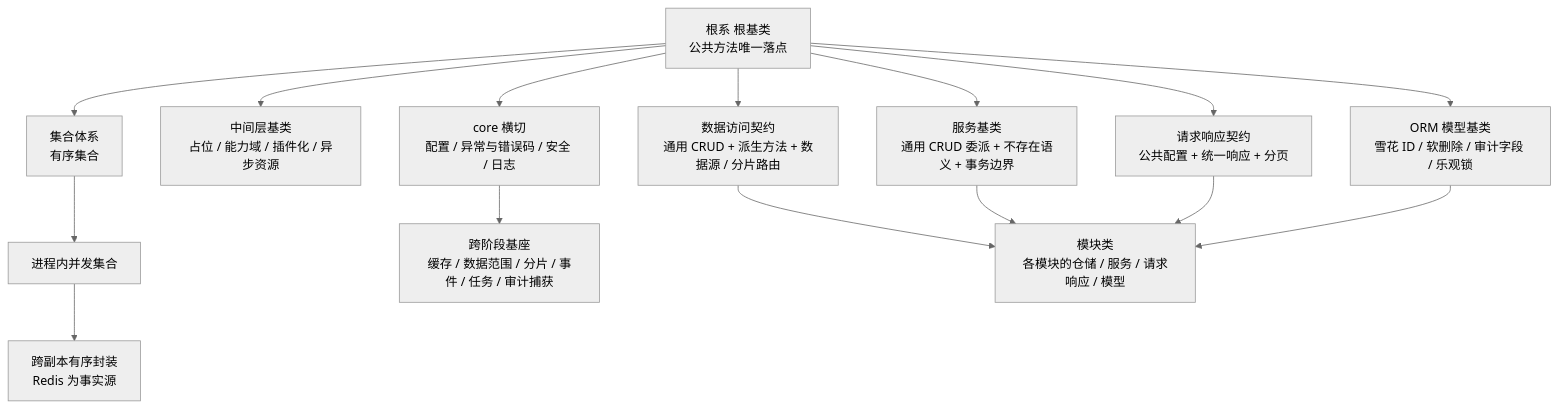
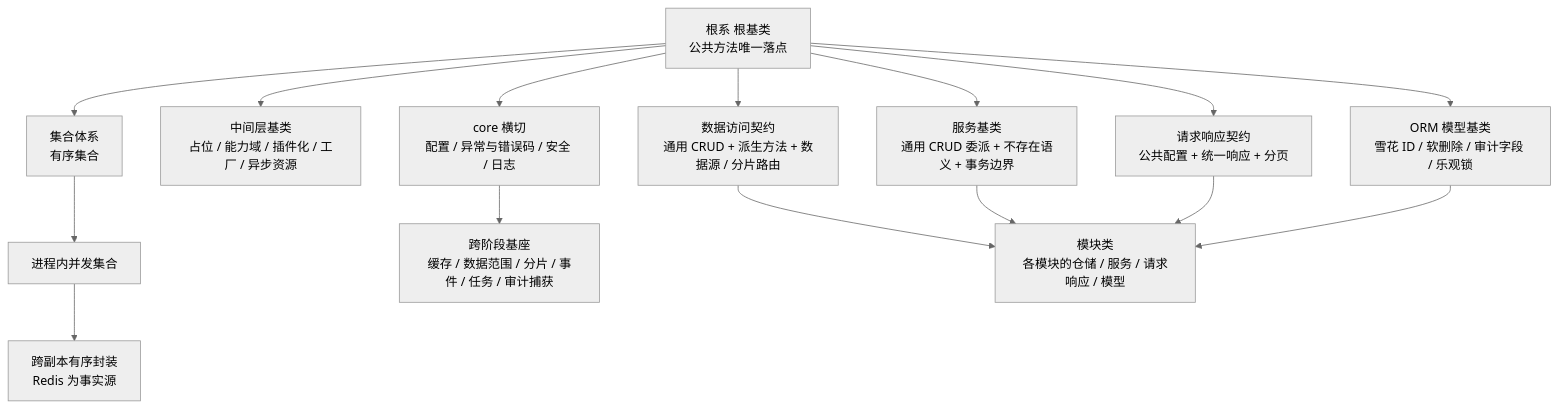
One commit to minjian123/basic-management-system changed the diagram in bms文档/设计/架构设计/04_架构设计_后端基础类体系.md. Above: the diagram before and after it, drawn with Mermaid (neutral theme). The commit also changed other lines of this file and 9 other files, not shown here.

````diff
--- a/bms文档/设计/架构设计/04_架构设计_后端基础类体系.md
+++ b/bms文档/设计/架构设计/04_架构设计_后端基础类体系.md
@@ -30,29 +30,29 @@
 ```mermaid
 flowchart TD
     根系["根系 根基类<br/>公共方法唯一落点"]
     COL["集合体系<br/>有序集合"]
     CONC["进程内并发集合"]
     REDIS["跨副本有序封装<br/>Redis 为事实源"]
-    MID["中间层基类<br/>占位 / 能力域 / 插件化 / 异步资源"]
+    MID["中间层基类<br/>占位 / 能力域 / 插件化 / 工厂 / 异步资源"]
     REPO["数据访问契约<br/>通用 CRUD + 派生方法 + 数据源 / 分片路由"]
     SVC["服务基类<br/>通用 CRUD 委派 + 不存在语义 + 事务边界"]
     SCH["请求响应契约<br/>公共配置 + 统一响应 + 分页"]
     ORM["ORM 模型基类<br/>雪花 ID / 软删除 / 审计字段 / 乐观锁"]
     CORE["core 横切<br/>配置 / 异常与错误码 / 安全 / 日志"]
     CROSS["跨阶段基座<br/>缓存 / 数据范围 / 分片 / 事件 / 任务 / 审计捕获"]
     MOD["模块类<br/>各模块的仓储 / 服务 / 请求响应 / 模型"]
     根系 --> COL
     COL --> CONC
     CONC --> REDIS
     根系 --> MID
     根系 --> REPO
     根系 --> SVC
     根系 --> SCH
     根系 --> ORM
     根系 --> CORE
     CORE --> CROSS
     REPO --> MOD
     SVC --> MOD
     SCH --> MOD
     ORM --> MOD
 ```
````
